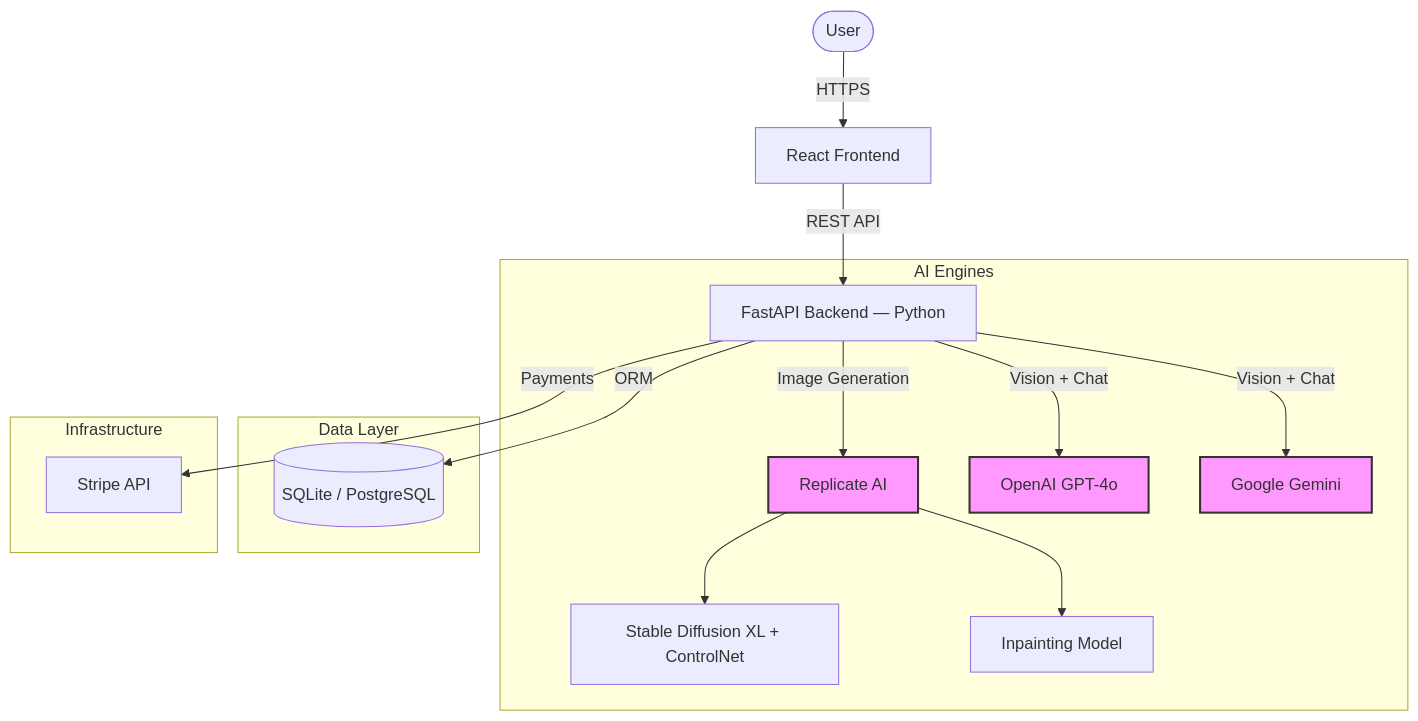
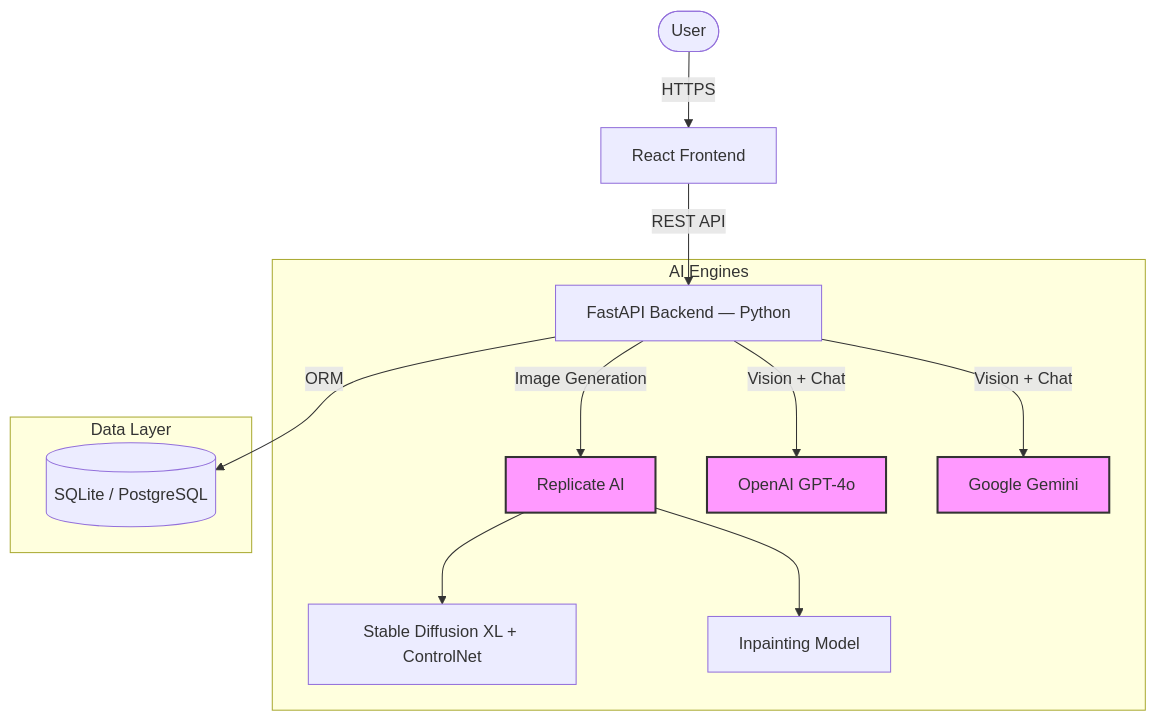
Before and after one commit to JoyBiswas1403/Designika: the diagram in README.md, drawn with Mermaid. The commit also changed other lines of this file and 9 other files, not shown here.

````diff
--- a/README.md
+++ b/README.md
@@ -42,25 +41,21 @@
 ```mermaid
 graph TD
     User([User]) -->|HTTPS| FE[React Frontend]
 
     FE -->|REST API| BE_PY[FastAPI Backend — Python]
 
     subgraph "AI Engines"
         BE_PY -->|Image Generation| Replicate[Replicate AI]
         BE_PY -->|Vision + Chat| OpenAI[OpenAI GPT-4o]
         BE_PY -->|Vision + Chat| Gemini[Google Gemini]
         Replicate --> SDXL[Stable Diffusion XL + ControlNet]
         Replicate --> Inpaint[Inpainting Model]
     end
 
     subgraph "Data Layer"
         BE_PY -->|ORM| SQLite[(SQLite / PostgreSQL)]
     end
 
-    subgraph "Infrastructure"
-        BE_PY -->|Payments| Stripe[Stripe API]
-    end
-
     classDef ai fill:#f9f,stroke:#333,stroke-width:2px;
     class OpenAI,Gemini,Replicate ai;
 ```
````
